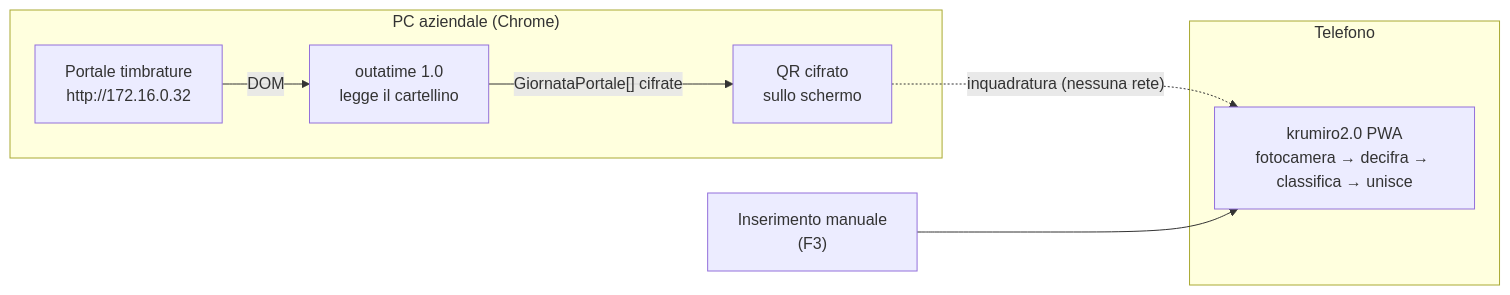
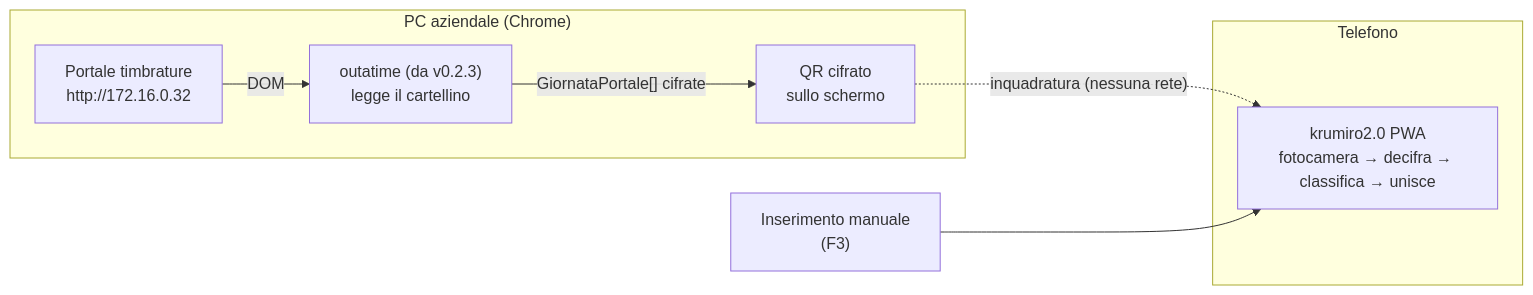
One commit to gcampa/krumiro2.0 changed the first of 2 diagrams in docs/architecture/integrazione-outatime.md. Above: the diagram before and after it, drawn with Mermaid. The commit also changed other lines of this file and 6 other files, not shown here.

````diff
--- a/docs/architecture/integrazione-outatime.md
+++ b/docs/architecture/integrazione-outatime.md
@@ -55,14 +54,14 @@
 ```mermaid
 flowchart LR
     subgraph PC["PC aziendale (Chrome)"]
         P["Portale timbrature<br/>http://172.16.0.32"]
-        CS["outatime 1.0<br/>legge il cartellino"]
+        CS["outatime (da v0.2.3)<br/>legge il cartellino"]
         Q["QR cifrato<br/>sullo schermo"]
         P -- DOM --> CS -- "GiornataPortale[] cifrate" --> Q
     end
     subgraph TEL["Telefono"]
         K["krumiro2.0 PWA<br/>fotocamera → decifra → classifica → unisce"]
     end
     Q -. "inquadratura (nessuna rete)" .-> K
     M["Inserimento manuale<br/>(F3)"] --> K
 ```
````
